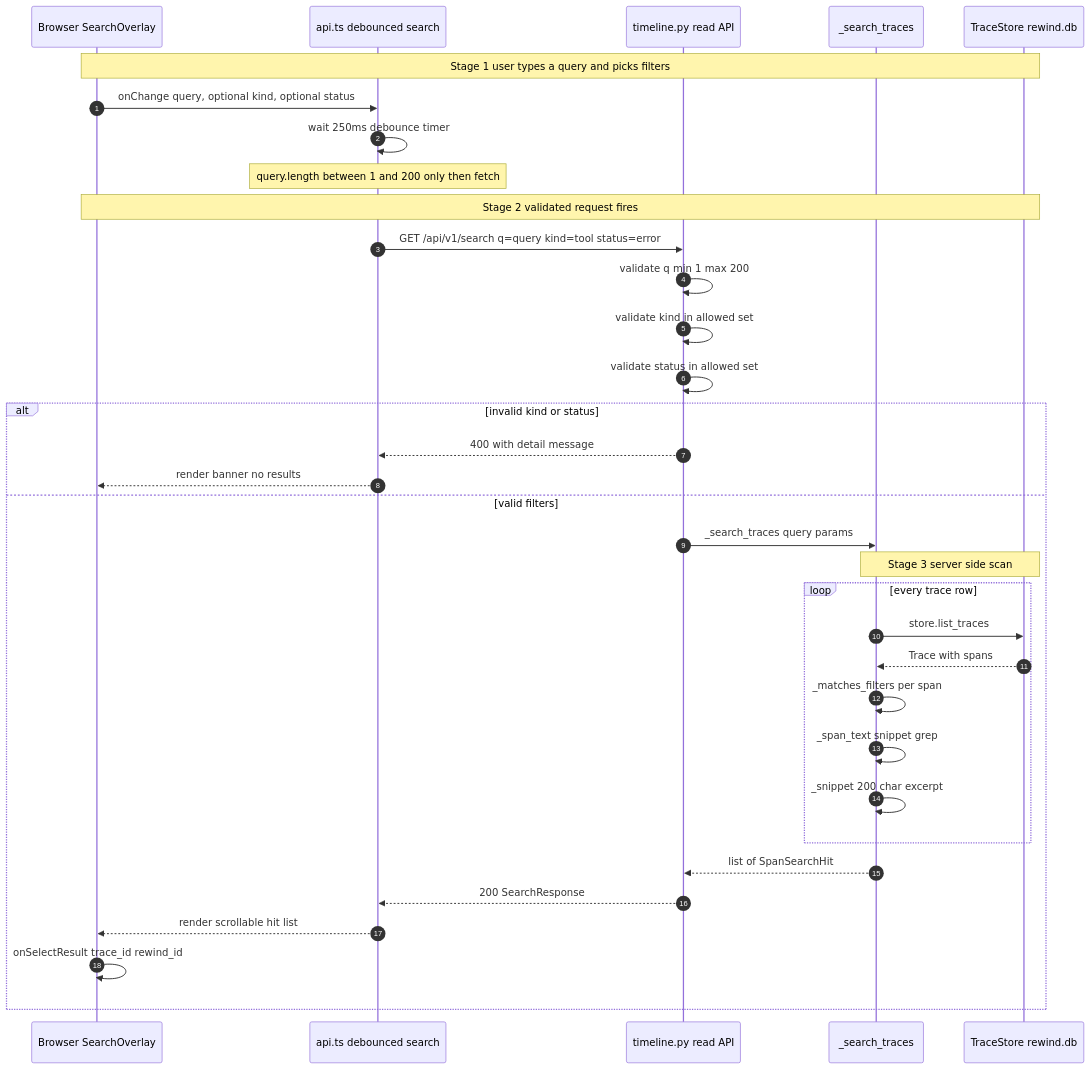
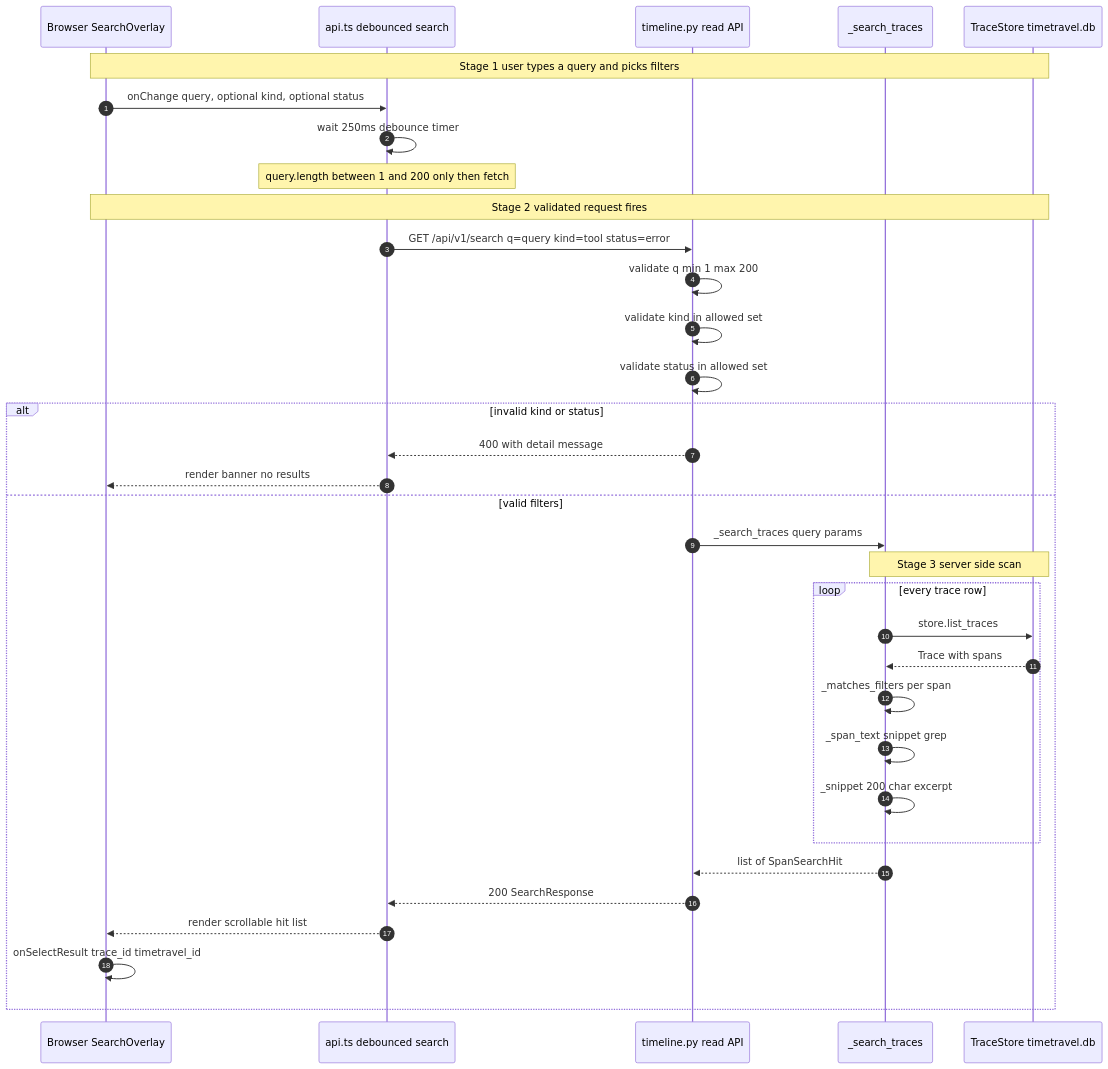
Before and after one commit to akshay-mp/Rewind: the third of 3 diagrams in docs/phases/phase-2.md, drawn with Mermaid. The commit also changed other lines of this file and 244 other files, not shown here.

````diff
--- a/docs/phases/phase-2.md
+++ b/docs/phases/phase-2.md
@@ -267,39 +267,39 @@
 ```mermaid
 sequenceDiagram
     autonumber
     participant U as Browser SearchOverlay
     participant A as api.ts debounced search
     participant T as timeline.py read API
     participant S as _search_traces
-    participant D as TraceStore rewind.db
+    participant D as TraceStore timetravel.db
 
     Note over U,D: Stage 1 user types a query and picks filters
     U->>A: onChange query, optional kind, optional status
     A->>A: wait 250ms debounce timer
     Note over A: query.length between 1 and 200 only then fetch
 
     Note over U,D: Stage 2 validated request fires
     A->>T: GET /api/v1/search q=query kind=tool status=error
     T->>T: validate q min 1 max 200
     T->>T: validate kind in allowed set
     T->>T: validate status in allowed set
     alt invalid kind or status
         T-->>A: 400 with detail message
         A-->>U: render banner no results
     else valid filters
         T->>S: _search_traces query params
 
         Note over S,D: Stage 3 server side scan
         loop every trace row
             S->>D: store.list_traces
             D-->>S: Trace with spans
             S->>S: _matches_filters per span
             S->>S: _span_text snippet grep
             S->>S: _snippet 200 char excerpt
         end
         S-->>T: list of SpanSearchHit
         T-->>A: 200 SearchResponse
         A-->>U: render scrollable hit list
-        U->>U: onSelectResult trace_id rewind_id
+        U->>U: onSelectResult trace_id timetravel_id
     end
 ```
````
